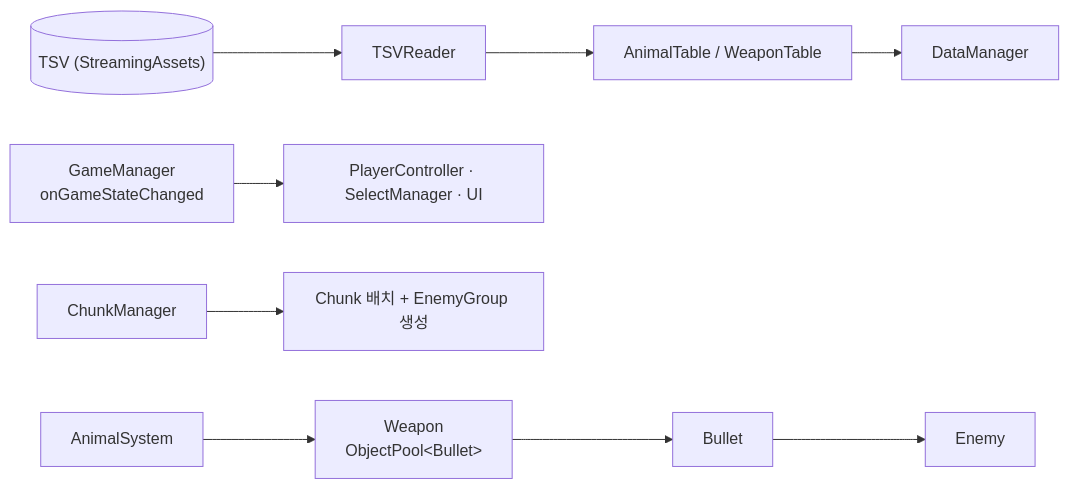
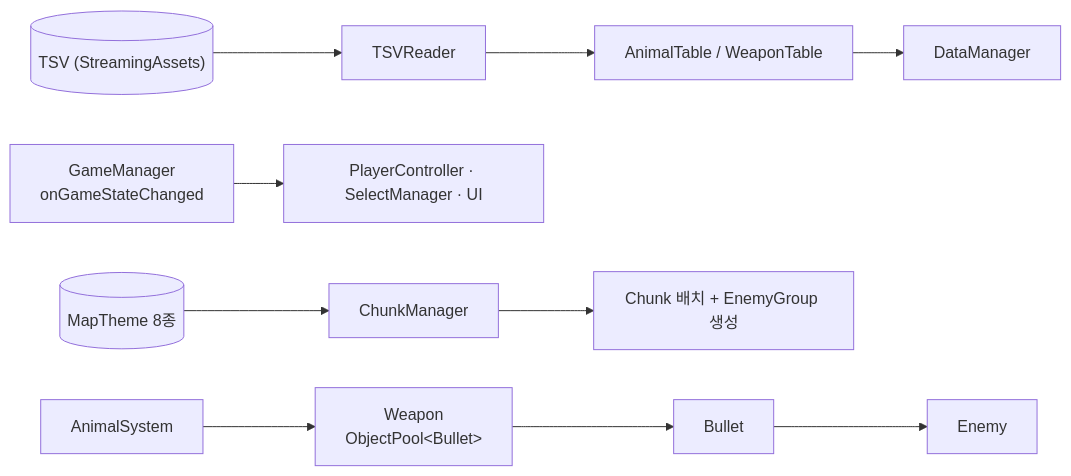
The first of 2 diagrams in src/05-AnimalRun/기술문서.md (tmdrn17/portfolio), drawn with Mermaid before and after one commit. The commit also changed other lines of this file and 1 other file, not shown here.

````diff
--- a/src/05-AnimalRun/기술문서.md
+++ b/src/05-AnimalRun/기술문서.md
@@ -43,7 +42,7 @@
 ```mermaid
 flowchart LR
   TSV[("TSV (StreamingAssets)")] --> R["TSVReader"] --> T["AnimalTable / WeaponTable"] --> DM["DataManager"]
   GM["GameManager<br/>onGameStateChanged"] --> PC["PlayerController · SelectManager · UI"]
-  CM["ChunkManager"] --> CH["Chunk 배치 + EnemyGroup 생성"]
+  MT[("MapTheme 8종")] --> CM["ChunkManager"] --> CH["Chunk 배치 + EnemyGroup 생성"]
   AS["AnimalSystem"] --> W["Weapon<br/>ObjectPool#lt;Bullet#gt;"] --> B["Bullet"] --> E["Enemy"]
 ```
````
